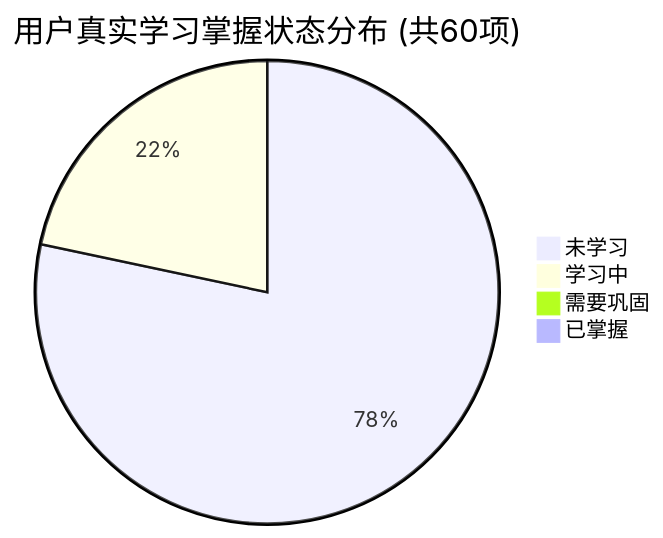
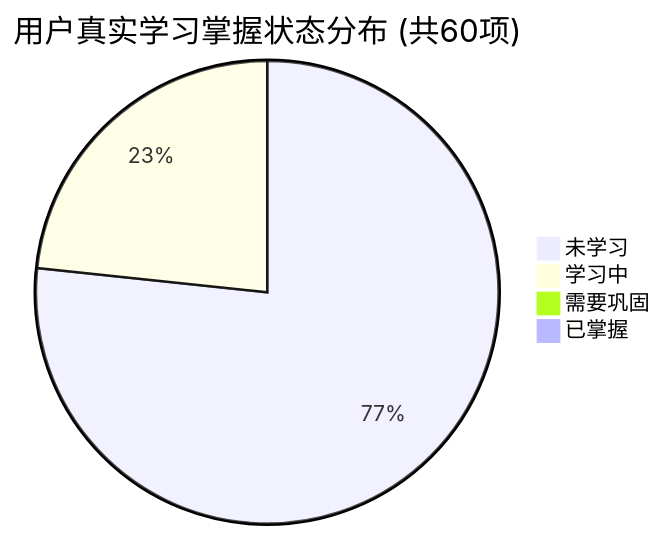
One commit to tieke1121/tech-interview-knowledge-base changed the first of 2 diagrams in PROGRESS.md. Above: the diagram before and after it, drawn with Mermaid. The commit also changed other lines of this file and 1 other file, not shown here.

````diff
--- a/PROGRESS.md
+++ b/PROGRESS.md
@@ -27,7 +27,7 @@
 ```mermaid
 pie title 用户真实学习掌握状态分布 (共60项)
-    "未学习" : 47
-    "学习中" : 13
+    "未学习" : 46
+    "学习中" : 14
     "需要巩固" : 0
     "已掌握" : 0
 ```
````
